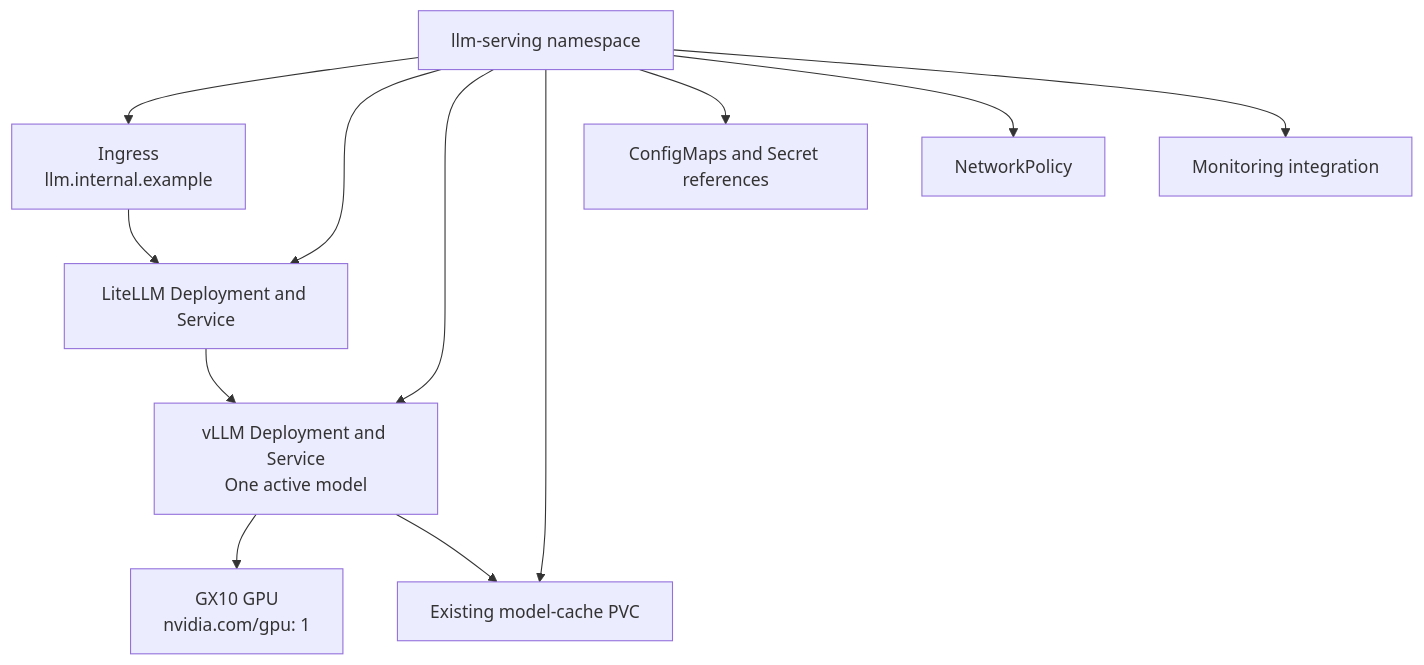
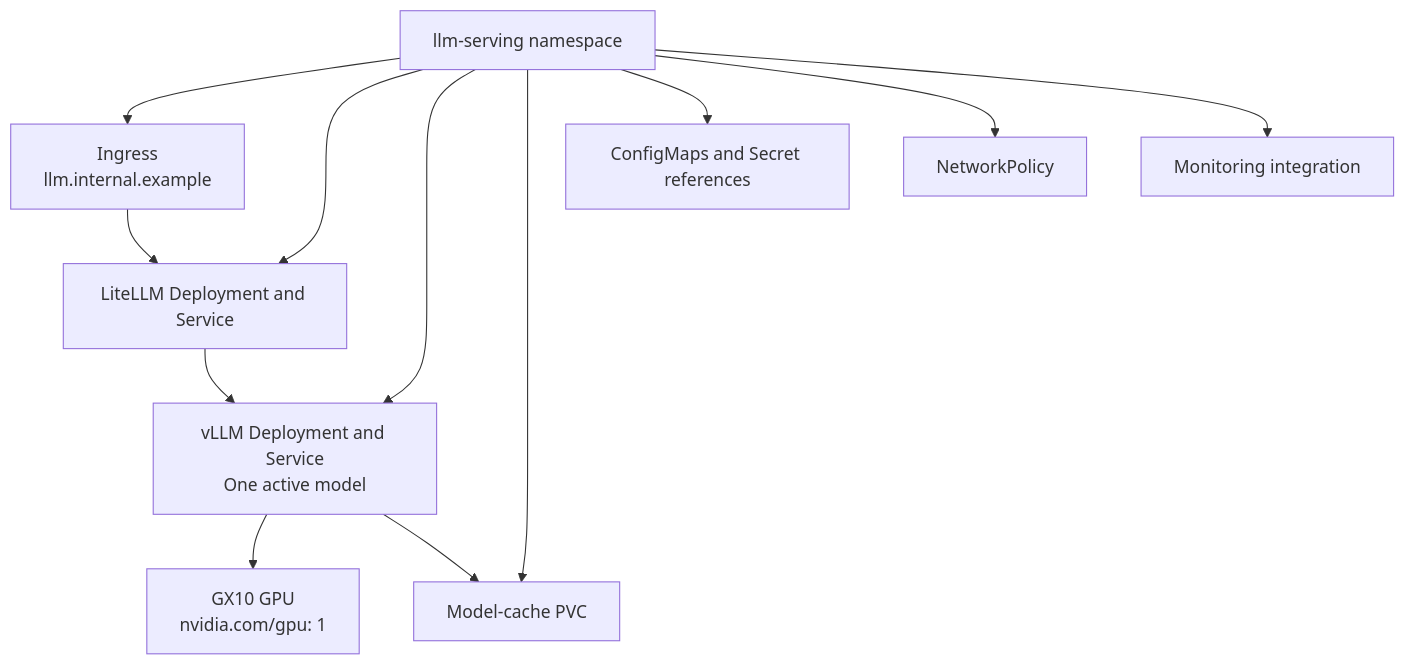
Before and after one commit to CopyPasteFail/llm-on-prem: the first of 2 diagrams in docs/kubernetes.md, drawn with Mermaid. The commit also changed other lines of this file, not shown here.

````diff
--- a/docs/kubernetes.md
+++ b/docs/kubernetes.md
@@ -15,15 +15,15 @@
 ```mermaid
 flowchart TB
     ns["llm-serving namespace"] --> ingress["Ingress\nllm.internal.example"]
     ns --> litellm["LiteLLM Deployment and Service"]
     ns --> vllm["vLLM Deployment and Service\nOne active model"]
-    ns --> cache["Existing model-cache PVC"]
+    ns --> cache["Model-cache PVC"]
     ns --> config["ConfigMaps and Secret references"]
     ns --> policy["NetworkPolicy"]
     ns --> monitor["Monitoring integration"]
 
     ingress --> litellm
     litellm --> vllm
     vllm --> gx10["GX10 GPU\nnvidia.com/gpu: 1"]
     vllm --> cache
 ```
````
